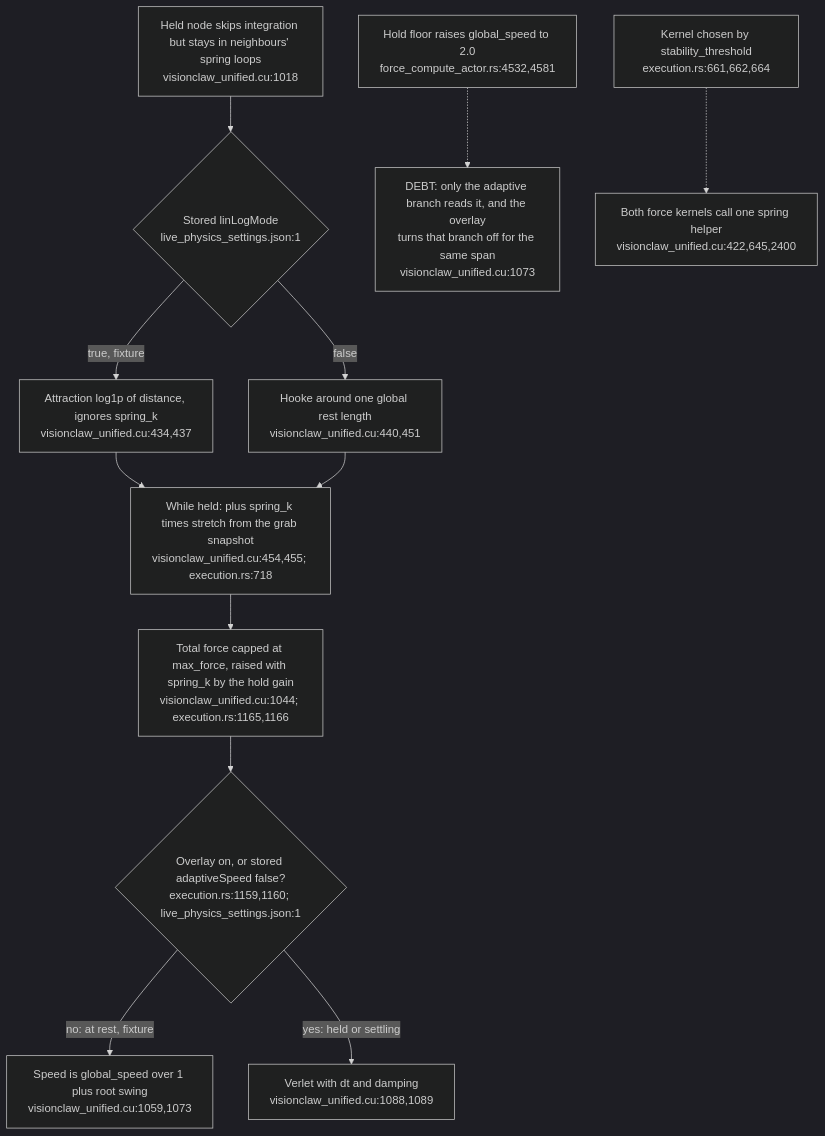
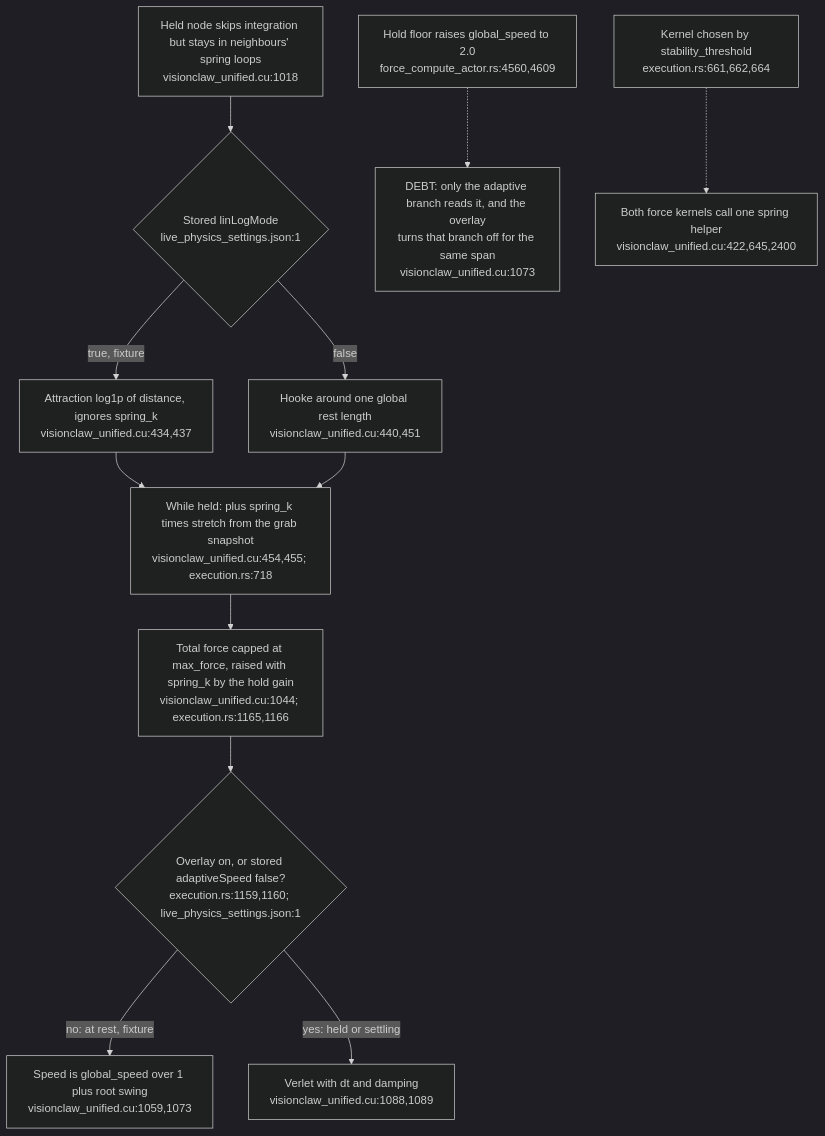
The fourth of 5 diagrams in docs/diagrams/visionclaw/54-layout-mode-step-cadence-and-settle.md (DreamLab-AI/VisionFlow), drawn with Mermaid (dark theme) before and after one commit. The commit also changed other lines of this file and 56 other files, not shown here.

First line of the commit message:
docs(diagrams): re-verify VisionClaw topics at ec785afa9, add VC-19/56/57 and the VisionClaw register

````diff
--- a/docs/diagrams/visionclaw/54-layout-mode-step-cadence-and-settle.md
+++ b/docs/diagrams/visionclaw/54-layout-mode-step-cadence-and-settle.md
@@ -87,14 +96,14 @@
 ```mermaid
 flowchart TD
     PIN["Held node skips integration but stays in neighbours' spring loops<br/>visionclaw_unified.cu:1018"] --> ATT{"Stored linLogMode<br/>live_physics_settings.json:1"}
     ATT -->|true, fixture| LOG["Attraction log1p of distance, ignores spring_k<br/>visionclaw_unified.cu:434,437"]
     ATT -->|false| HOOKE["Hooke around one global rest length<br/>visionclaw_unified.cu:440,451"]
     LOG --> OVL["While held: plus spring_k times stretch from the grab snapshot<br/>visionclaw_unified.cu:454,455; execution.rs:718"]
     HOOKE --> OVL
     OVL --> CAP["Total force capped at max_force, raised with spring_k by the hold gain<br/>visionclaw_unified.cu:1044; execution.rs:1165,1166"]
     CAP --> INT{"Overlay on, or stored adaptiveSpeed false?<br/>execution.rs:1159,1160; live_physics_settings.json:1"}
     INT -->|no: at rest, fixture| AD["Speed is global_speed over 1 plus root swing<br/>visionclaw_unified.cu:1059,1073"]
     INT -->|yes: held or settling| VER["Verlet with dt and damping<br/>visionclaw_unified.cu:1088,1089"]
-    FLOOR["Hold floor raises global_speed to 2.0<br/>force_compute_actor.rs:4532,4581"] -.-> GAP["DEBT: only the adaptive branch reads it, and the overlay<br/>turns that branch off for the same span<br/>visionclaw_unified.cu:1073"]
+    FLOOR["Hold floor raises global_speed to 2.0<br/>force_compute_actor.rs:4560,4609"] -.-> GAP["DEBT: only the adaptive branch reads it, and the overlay<br/>turns that branch off for the same span<br/>visionclaw_unified.cu:1073"]
     SEL["Kernel chosen by stability_threshold<br/>execution.rs:661,662,664"] -.-> ONE["Both force kernels call one spring helper<br/>visionclaw_unified.cu:422,645,2400"]
 ```
````
